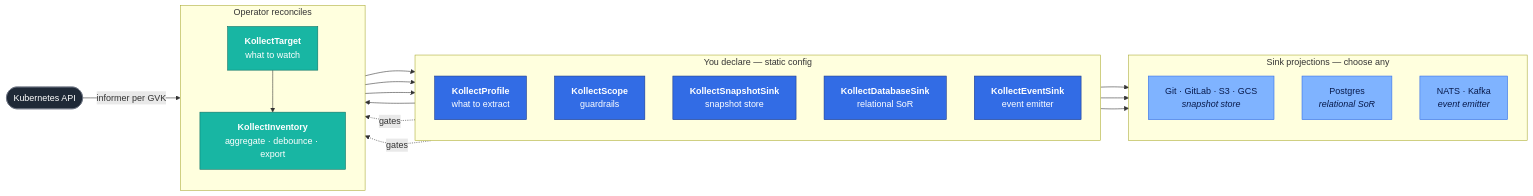
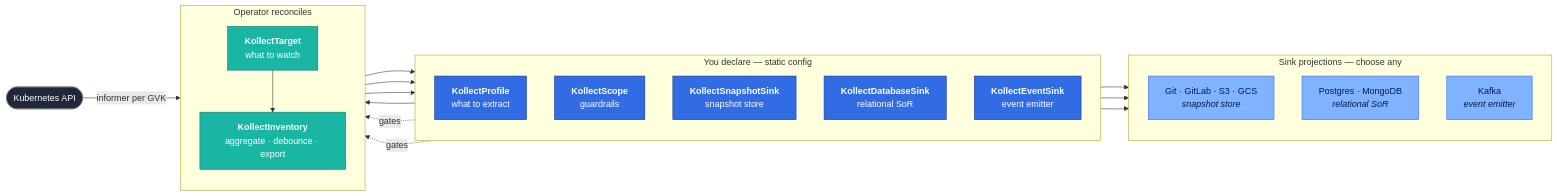
The diagram in docs/index.md (PlatformRelay/Kollect), drawn with Mermaid before and after one commit. The commit also changed other lines of this file and 16 other files, not shown here.

````diff
--- a/docs/index.md
+++ b/docs/index.md
@@ -77,47 +113,47 @@
 ```mermaid
 flowchart LR
   K8s(["Kubernetes API"]):::api
 
   subgraph declare["You declare — static config"]
     direction TB
     Profile["<b>KollectProfile</b><br/>what to extract"]
     Scope["<b>KollectScope</b><br/>guardrails"]
     Snap["<b>KollectSnapshotSink</b><br/>snapshot store"]
     Db["<b>KollectDatabaseSink</b><br/>relational SoR"]
     Ev["<b>KollectEventSink</b><br/>event emitter"]
   end
 
   subgraph run["Operator reconciles"]
     direction TB
     Target["<b>KollectTarget</b><br/>what to watch"]
     Inv["<b>KollectInventory</b><br/>aggregate · debounce · export"]
   end
 
   subgraph out["Sink projections — choose any"]
     direction TB
     SnapOut["Git · GitLab · S3 · GCS<br/><i>snapshot store</i>"]
-    Rel["Postgres<br/><i>relational SoR</i>"]
-    EvtOut["NATS · Kafka<br/><i>event emitter</i>"]
+    Rel["Postgres · MongoDB<br/><i>relational SoR</i>"]
+    EvtOut["Kafka<br/><i>event emitter</i>"]
   end
 
   K8s -- "informer per GVK" --> Target
   Profile --> Target
   Target --> Inv
   Scope -. gates .-> Target
   Scope -. gates .-> Inv
   Inv --> Snap
   Inv --> Db
   Inv --> Ev
   Snap --> SnapOut
   Db --> Rel
   Ev --> EvtOut
 
   classDef api fill:#1F2937,stroke:#6B7280,color:#fff;
   classDef config fill:#326CE5,stroke:#1b3a8c,color:#fff;
   classDef work fill:#18B6A3,stroke:#0e6f63,color:#fff;
   classDef proj fill:#7FB3FF,stroke:#326CE5,color:#081A4B;
 
   class Profile,Scope,Snap,Db,Ev config;
   class Target,Inv work;
   class SnapOut,Rel,EvtOut proj;
 ```
````
